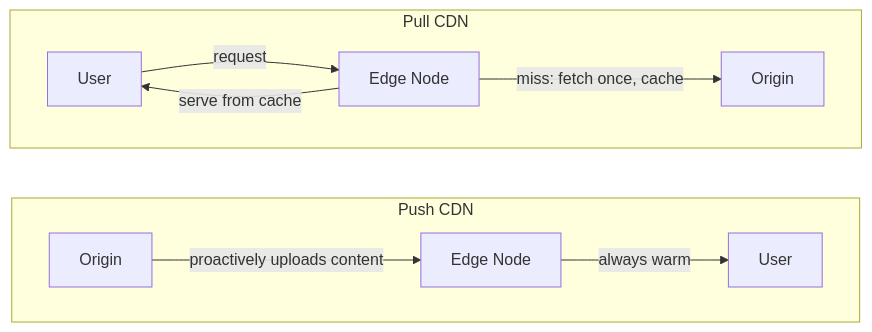
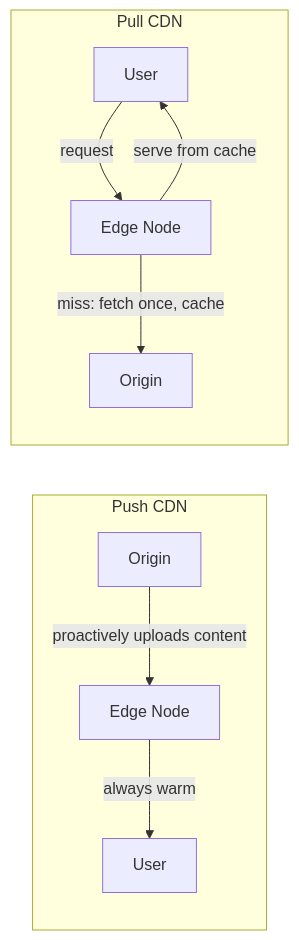
Diagram 11 of 24 in system-design/HLD/0-course/26-Design YouTube-FAANG-Guide.md (riyaz-pasha/Learnings), drawn with Mermaid before and after one commit. The commit also changed other lines of this file and 1 other file, not shown here.

Commit message:
docs: simplify language and clean up mermaid diagrams in YouTube design guide

````diff
--- a/system-design/HLD/0-course/26-Design YouTube-FAANG-Guide.md
+++ b/system-design/HLD/0-course/26-Design YouTube-FAANG-Guide.md
@@ -501,14 +588,12 @@
 ```mermaid
 flowchart LR
     subgraph Push["Push CDN"]
-        direction LR
-        O1[Origin] -->|proactively uploads content| E1[Edge Node]
-        E1 -->|always warm| U1[User]
+        O1["Origin"] -->|proactively uploads content| E1["Edge Node"]
+        E1 -->|always warm| U1["User"]
     end
     subgraph Pull["Pull CDN"]
-        direction LR
-        U2[User] -->|request| E2[Edge Node]
-        E2 -->|miss: fetch once, cache| O2[Origin]
+        U2["User"] -->|request| E2["Edge Node"]
+        E2 -->|miss: fetch once, cache| O2["Origin"]
         E2 -->|serve from cache| U2
     end
 ```
````
